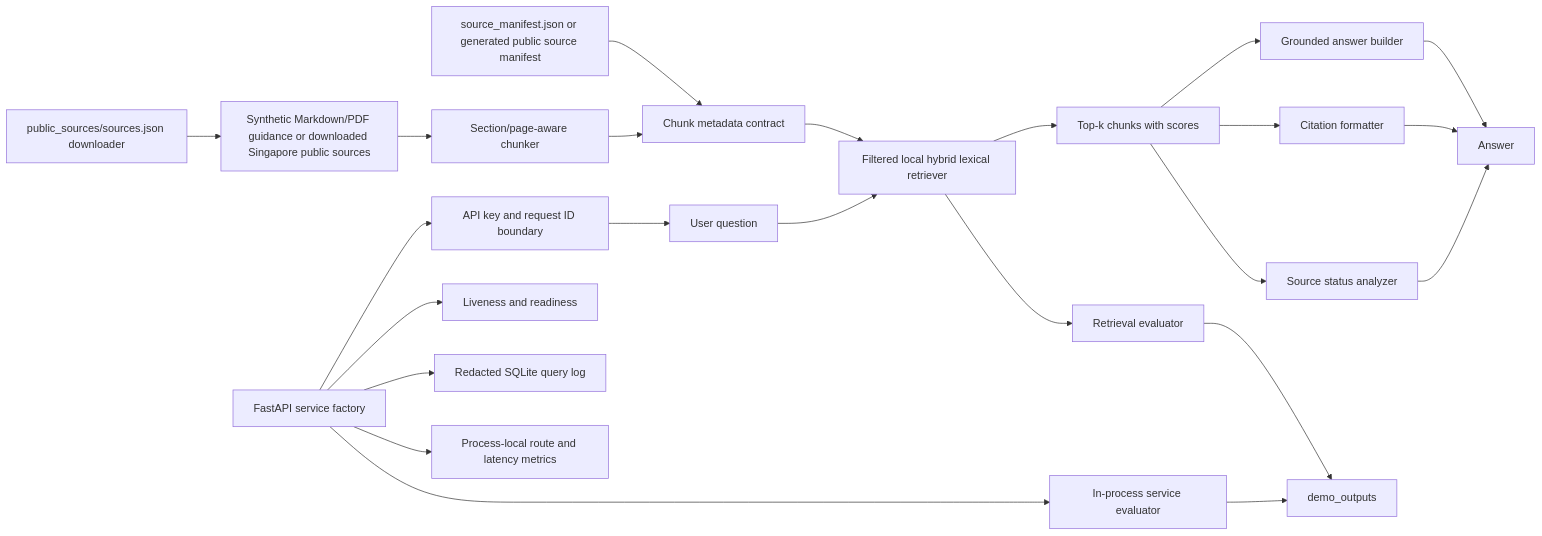
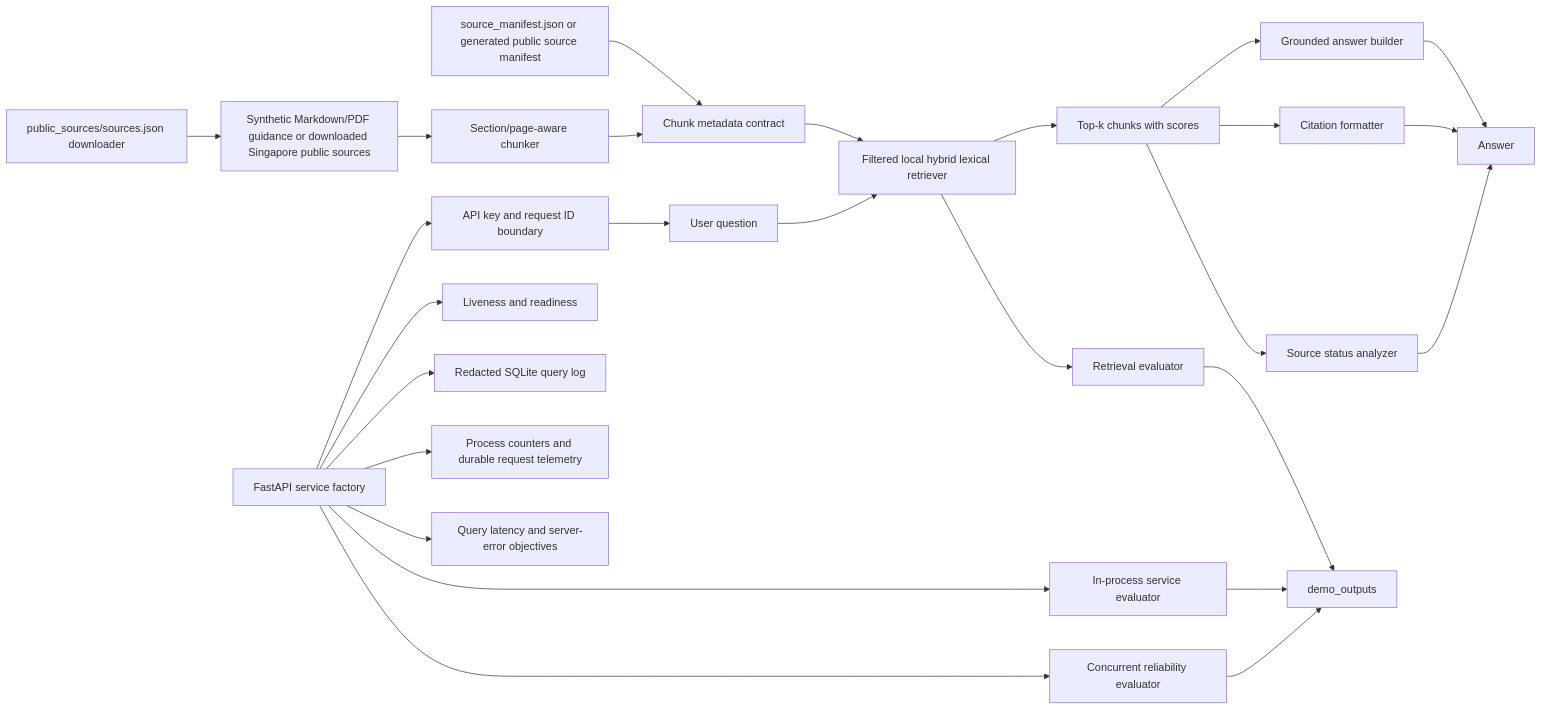
Before and after one commit to josiahsutd-stack/ai-portfolio: the diagram in projects/aec-code-compliance-rag/ARCHITECTURE.md, drawn with Mermaid. The commit also changed other lines of this file and 30 other files, not shown here.

Commit message:
Add durable flagship reliability evidence

````diff
--- a/projects/aec-code-compliance-rag/ARCHITECTURE.md
+++ b/projects/aec-code-compliance-rag/ARCHITECTURE.md
@@ -7,25 +7,28 @@
 ```mermaid
 flowchart LR
   A["Synthetic Markdown/PDF guidance or downloaded Singapore public sources"] --> B["Section/page-aware chunker"]
   S["public_sources/sources.json downloader"] --> A
   M["source_manifest.json or generated public source manifest"] --> C["Chunk metadata contract"]
   B --> C["Chunk metadata contract"]
   C --> D["Filtered local hybrid lexical retriever"]
   Q["User question"] --> D
   D --> E["Top-k chunks with scores"]
   E --> F["Grounded answer builder"]
   E --> G["Citation formatter"]
   E --> K["Source status analyzer"]
   F --> H["Answer"]
   G --> H
   K --> H
   API["FastAPI service factory"] --> AUTH["API key and request ID boundary"]
   AUTH --> Q
   API --> LIVE["Liveness and readiness"]
   API --> LOG["Redacted SQLite query log"]
-  API --> MET["Process-local route and latency metrics"]
+  API --> MET["Process counters and durable request telemetry"]
+  API --> OBJ["Query latency and server-error objectives"]
   D --> I["Retrieval evaluator"]
   I --> J["demo_outputs"]
   API --> SI["In-process service evaluator"]
   SI --> J
+  API --> RI["Concurrent reliability evaluator"]
+  RI --> J
 ```
````
